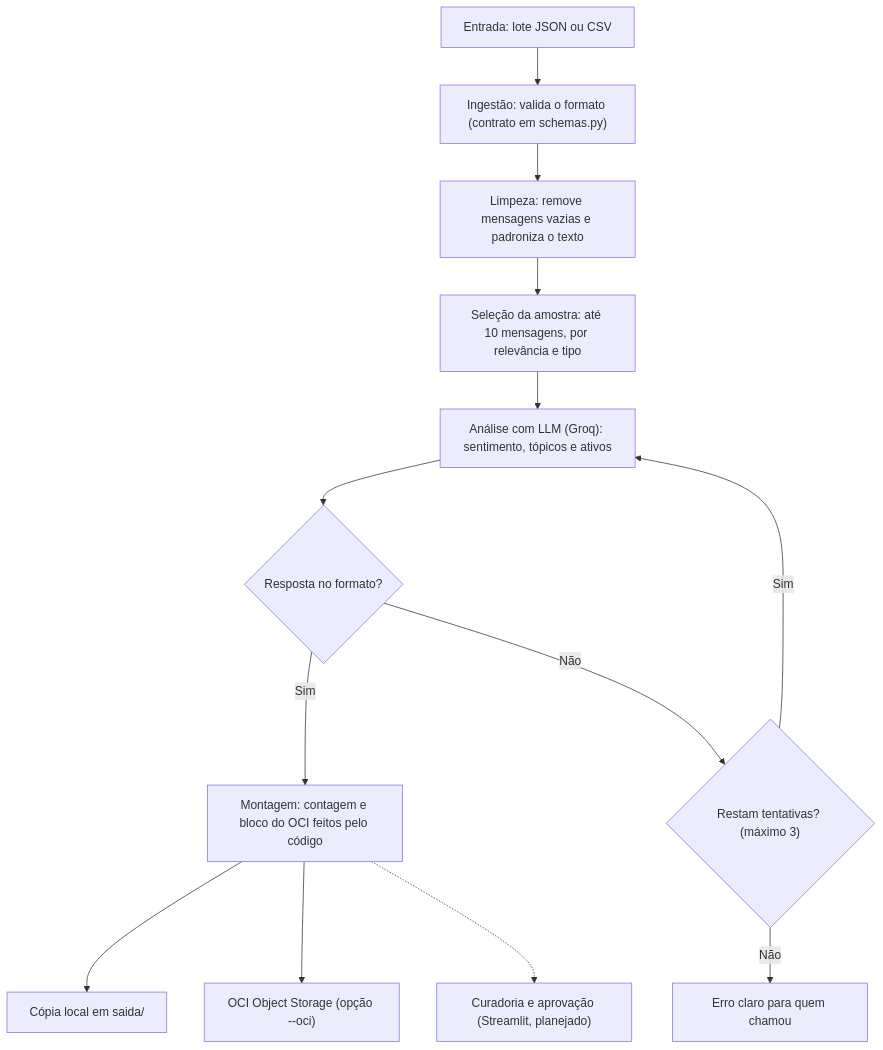
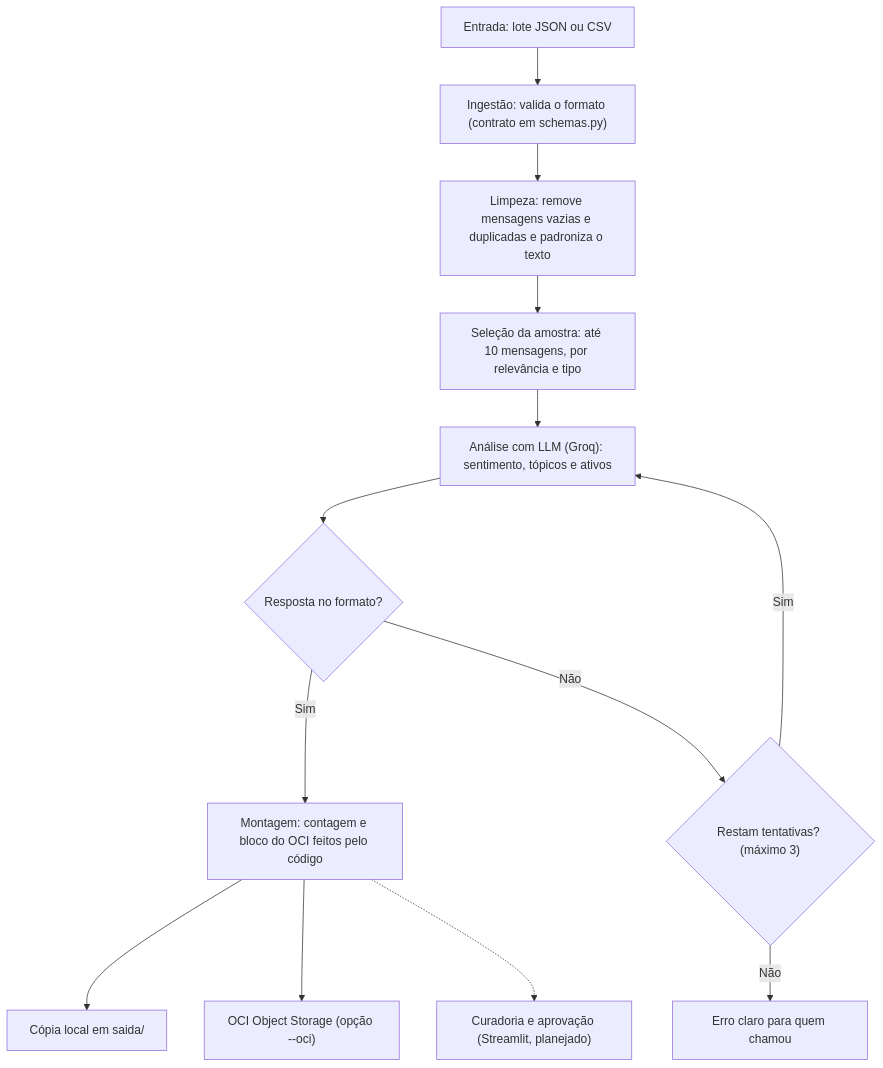
The diagram in README.md (No-Country-simulation/G10-Brasil-equipo12-CommunityLab), drawn with Mermaid before and after one commit. The commit also changed other lines of this file and 2 other files, not shown here.

````diff
--- a/README.md
+++ b/README.md
@@ -59,15 +59,15 @@
 ```mermaid
 graph TD
     A["Entrada: lote JSON ou CSV"] --> B["Ingestão: valida o formato (contrato em schemas.py)"]
-    B --> C["Limpeza: remove mensagens vazias e padroniza o texto"]
+    B --> C["Limpeza: remove mensagens vazias e duplicadas e padroniza o texto"]
     C --> S["Seleção da amostra: até 10 mensagens, por relevância e tipo"]
     S --> D["Análise com LLM (Groq): sentimento, tópicos e ativos"]
     D --> E{"Resposta no formato?"}
     E -->|Sim| F["Montagem: contagem e bloco do OCI feitos pelo código"]
     E -->|Não| R{"Restam tentativas? (máximo 3)"}
     R -->|Sim| D
     R -->|Não| X["Erro claro para quem chamou"]
     F --> G["Cópia local em saida/"]
     F --> H["OCI Object Storage (opção --oci)"]
     F -.-> I["Curadoria e aprovação (Streamlit, planejado)"]
 ```
````
